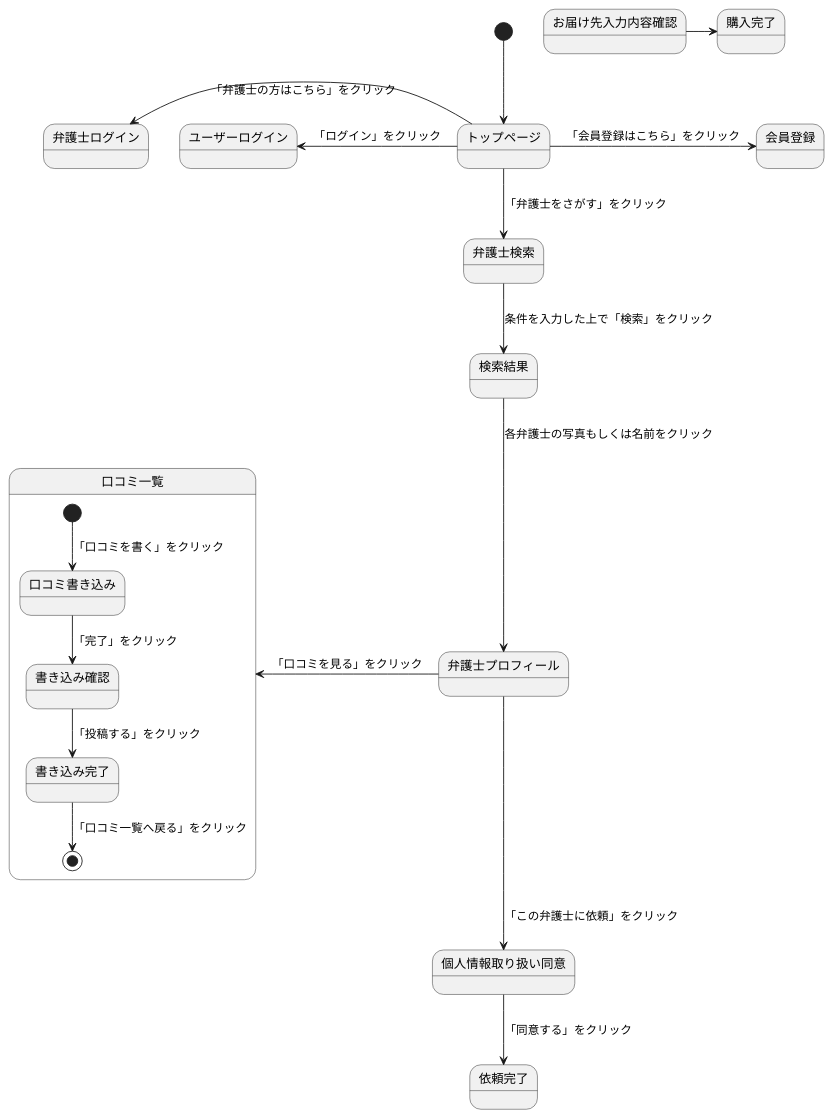
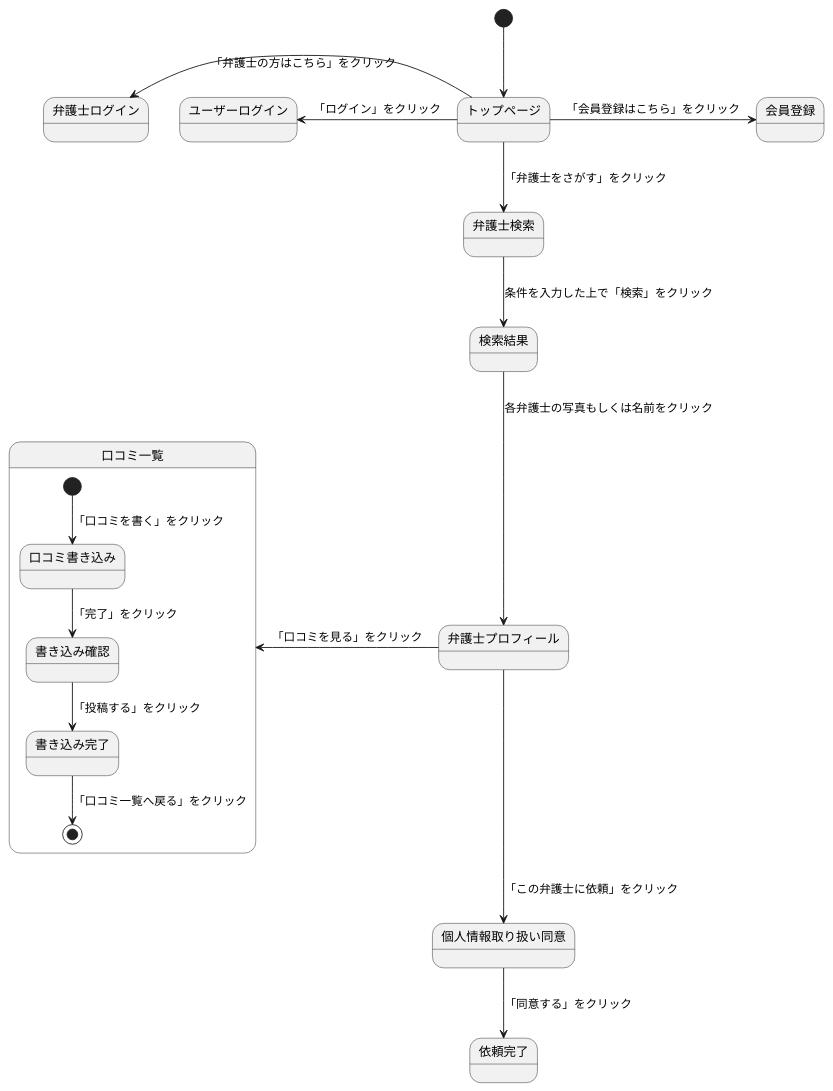
The diagram in 0524kadai.md (Aso2001374/2021sys-design), drawn with PlantUML before and after one commit.

````diff
--- a/0524kadai.md
+++ b/0524kadai.md
@@ -1,21 +1,21 @@
 ```uml
 @startuml
 [*] --> トップページ
 トップページ -> 会員登録:「会員登録はこちら」をクリック
 トップページ -left-> ユーザーログイン:「ログイン」をクリック
 トップページ -left-> 弁護士ログイン:「弁護士の方はこちら」をクリック
 トップページ --> 弁護士検索:「弁護士をさがす」をクリック
 弁護士検索 --> 検索結果: 条件を入力した上で「検索」をクリック
 検索結果 -down-> 弁護士プロフィール: 各弁護士の写真もしくは名前をクリック
 弁護士プロフィール -left-> 口コミ一覧:「口コミを見る」をクリック
 弁護士プロフィール --> 個人情報取り扱い同意:「この弁護士に依頼」をクリック
 個人情報取り扱い同意-->依頼完了:「同意する」をクリック
 state 口コミ一覧{
 [*] --> 口コミ書き込み:「口コミを書く」をクリック
 口コミ書き込み --> 書き込み確認:「完了」をクリック
 書き込み確認 --> 書き込み完了:「投稿する」をクリック
 書き込み完了 --> [*]:「口コミ一覧へ戻る」をクリック
 }
-お届け先入力内容確認 -> 購入完了
+
 @enduml
 ```
````
